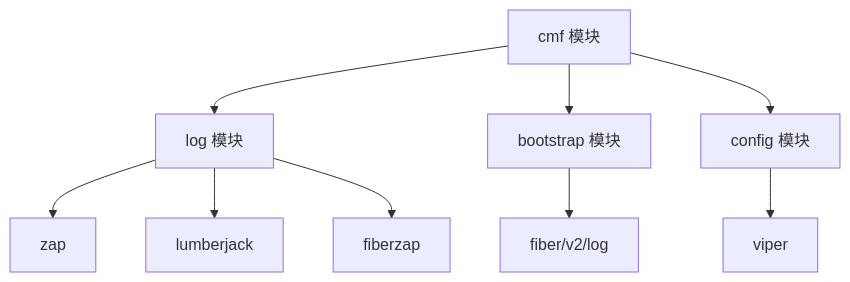
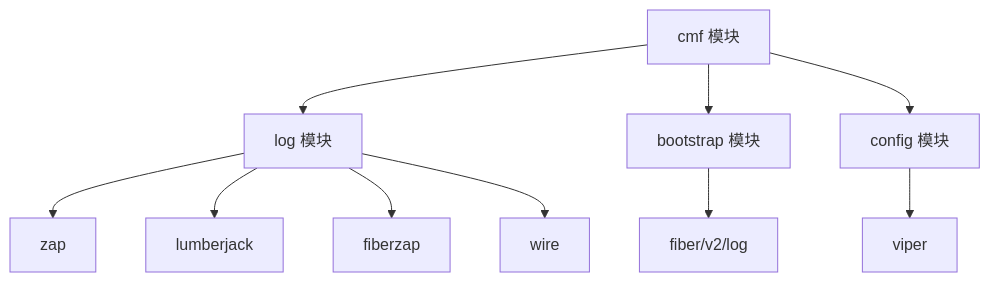
The fourth of 4 diagrams in .qoder/repowiki/zh/content/日志系统.md (wuwuseo/cmf), drawn with Mermaid before and after one commit. The commit also changed other lines of this file and 5 other files, not shown here.

````diff
--- a/.qoder/repowiki/zh/content/日志系统.md
+++ b/.qoder/repowiki/zh/content/日志系统.md
@@ -189,11 +235,12 @@
 ```mermaid
 graph TB
 M["cmf 模块"] --> L["log 模块"]
 M --> B["bootstrap 模块"]
 M --> C["config 模块"]
 L --> Z["zap"]
 L --> LJ["lumberjack"]
 L --> FZ["fiberzap"]
+L --> W["wire"]
 B --> F["fiber/v2/log"]
 C --> V["viper"]
 ```
````
